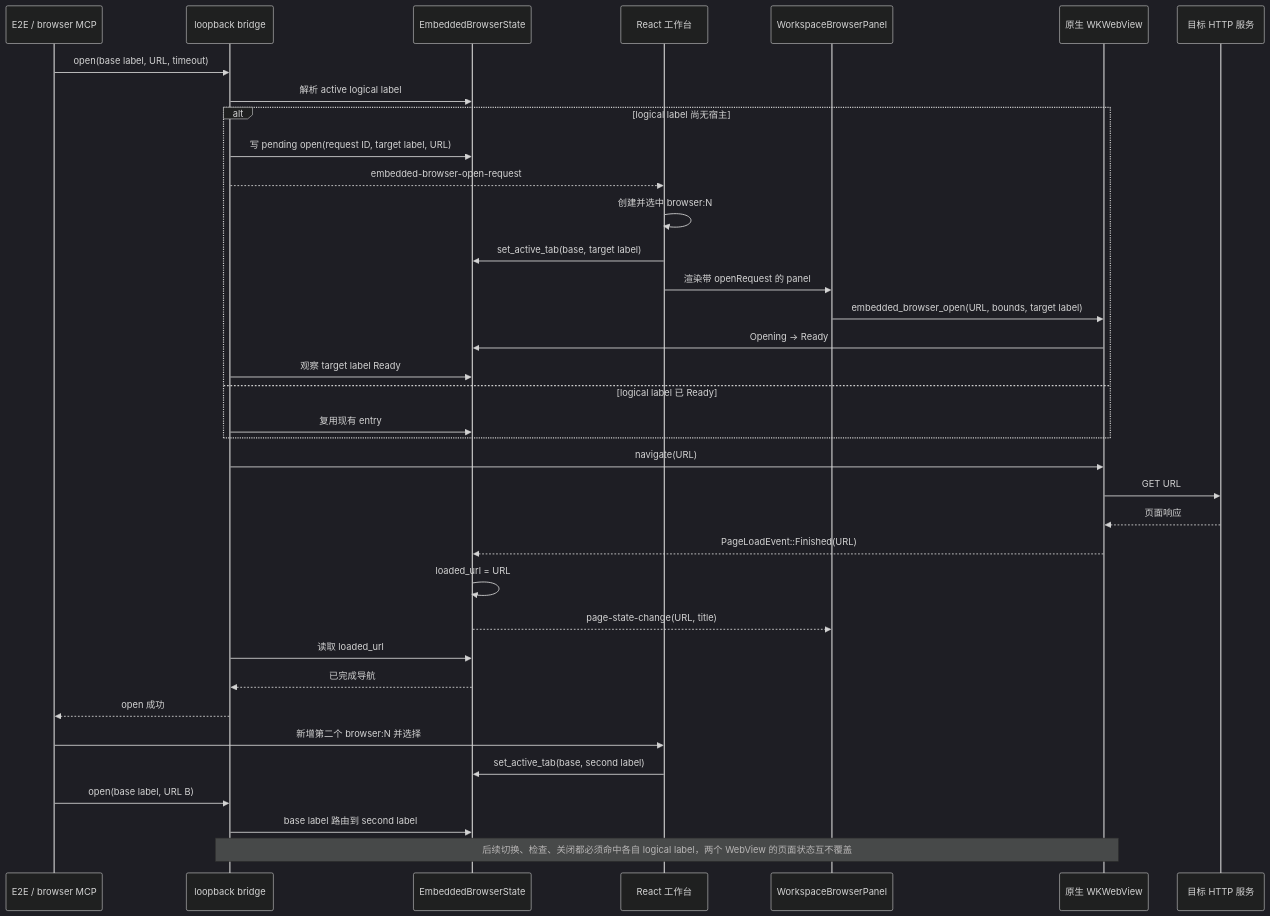
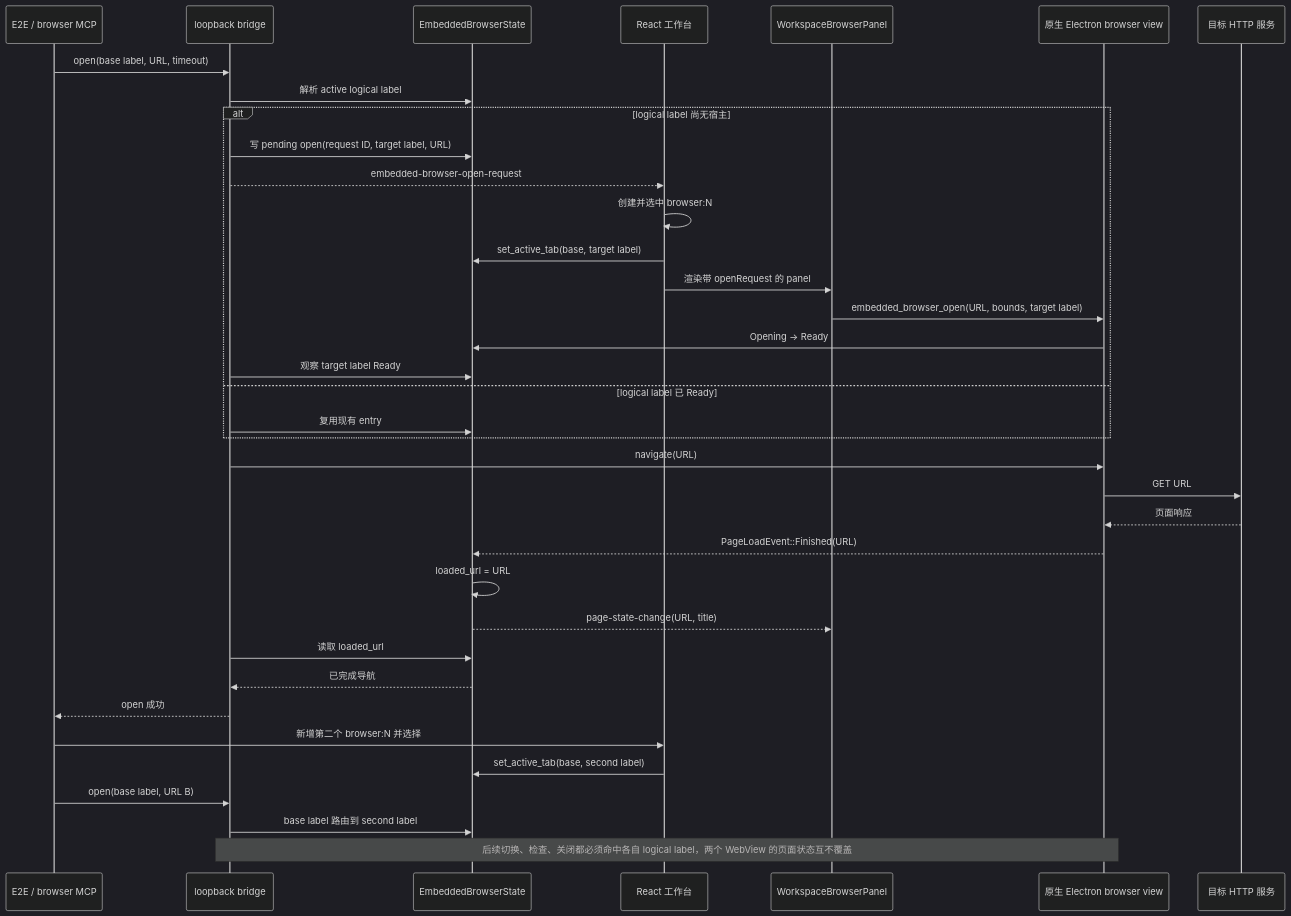
One commit to wecode-ai/wegent-docs changed the second of 2 diagrams in i18n/zh/docusaurus-plugin-content-docs/current/wework/developer-guide/wework-embedded-browser.md. Above: the diagram before and after it, drawn with Mermaid (dark theme). The commit also changed other lines of this file and 49 other files, not shown here.

````diff
--- a/i18n/zh/docusaurus-plugin-content-docs/current/wework/developer-guide/wework-embedded-browser.md
+++ b/i18n/zh/docusaurus-plugin-content-docs/current/wework/developer-guide/wework-embedded-browser.md
@@ -67,40 +67,40 @@
 ```mermaid
 sequenceDiagram
     participant T as E2E / browser MCP
     participant B as loopback bridge
     participant S as EmbeddedBrowserState
     participant R as React 工作台
     participant P as WorkspaceBrowserPanel
-    participant W as 原生 WKWebView
+    participant W as 原生 Electron browser view
     participant H as 目标 HTTP 服务
 
     T->>B: open(base label, URL, timeout)
     B->>S: 解析 active logical label
     alt logical label 尚无宿主
         B->>S: 写 pending open(request ID, target label, URL)
         B-->>R: embedded-browser-open-request
         R->>R: 创建并选中 browser:N
         R->>S: set_active_tab(base, target label)
         R->>P: 渲染带 openRequest 的 panel
         P->>W: embedded_browser_open(URL, bounds, target label)
         W->>S: Opening -> Ready
         B->>S: 观察 target label Ready
     else logical label 已 Ready
         B->>S: 复用现有 entry
     end
     B->>W: navigate(URL)
     W->>H: GET URL
     H-->>W: 页面响应
     W-->>S: PageLoadEvent::Finished(URL)
     S->>S: loaded_url = URL
     S-->>P: page-state-change(URL, title)
     B->>S: 读取 loaded_url
     S-->>B: 已完成导航
     B-->>T: open 成功
 
     T->>R: 新增第二个 browser:N 并选择
     R->>S: set_active_tab(base, second label)
     T->>B: open(base label, URL B)
     B->>S: base label 路由到 second label
     Note over B,W: 后续切换、检查、关闭都必须命中各自 logical label，两个 WebView 的页面状态互不覆盖
 ```
````
